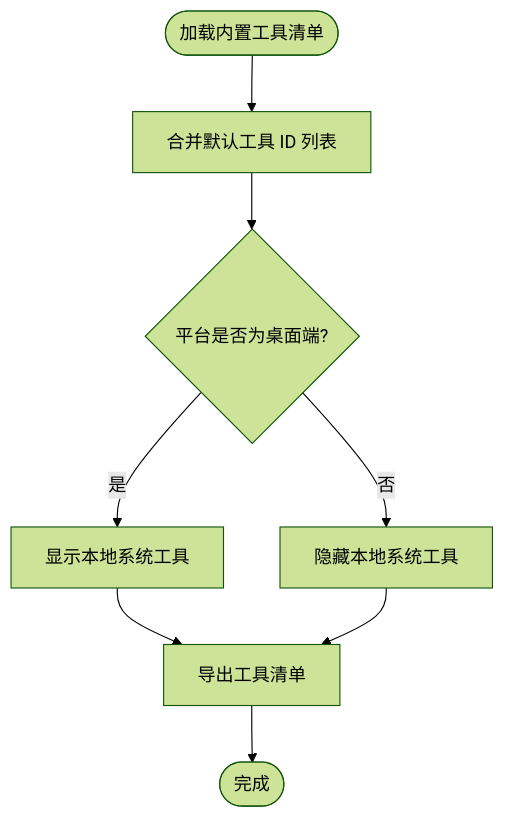
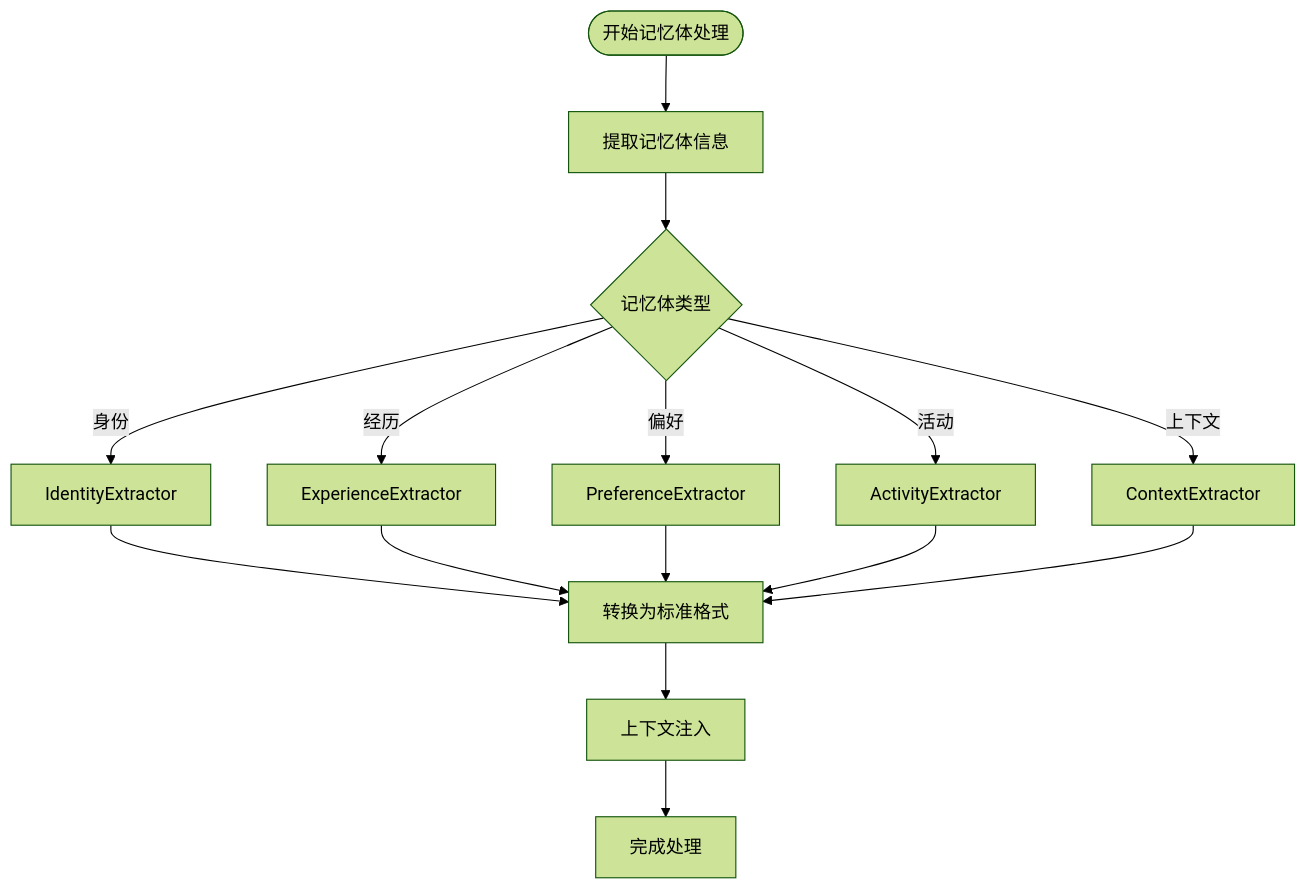
Before and after one commit to AvatoLabs/avato: the fourth of 8 diagrams in .qoder/repowiki/zh/content/核心功能模块/核心功能模块.md, drawn with Mermaid (forest theme). The commit also changed other lines of this file and 23 other files, not shown here.

````diff
--- a/.qoder/repowiki/zh/content/核心功能模块/核心功能模块.md
+++ b/.qoder/repowiki/zh/content/核心功能模块/核心功能模块.md
@@ -209,10 +283,17 @@
 ```mermaid
 flowchart TD
-Start(["加载内置工具清单"]) --> MergeDefault["合并默认工具 ID 列表"]
-MergeDefault --> FilterPlatform{"平台是否为桌面端?"}
-FilterPlatform --> |是| ShowLocal["显示本地系统工具"]
-FilterPlatform --> |否| HideLocal["隐藏本地系统工具"]
-ShowLocal --> Export["导出工具清单"]
-HideLocal --> Export
-Export --> End(["完成"])
+Start(["开始记忆体处理"]) --> Extract["提取记忆体信息"]
+Extract --> Type{"记忆体类型"}
+Type --> |身份| Identity["IdentityExtractor"]
+Type --> |经历| Experience["ExperienceExtractor"]
+Type --> |偏好| Preference["PreferenceExtractor"]
+Type --> |活动| Activity["ActivityExtractor"]
+Type --> |上下文| Context["ContextExtractor"]
+Identity --> Convert["转换为标准格式"]
+Experience --> Convert
+Preference --> Convert
+Activity --> Convert
+Context --> Convert
+Convert --> Inject["上下文注入"]
+Inject --> Complete["完成处理"]
 ```
````
